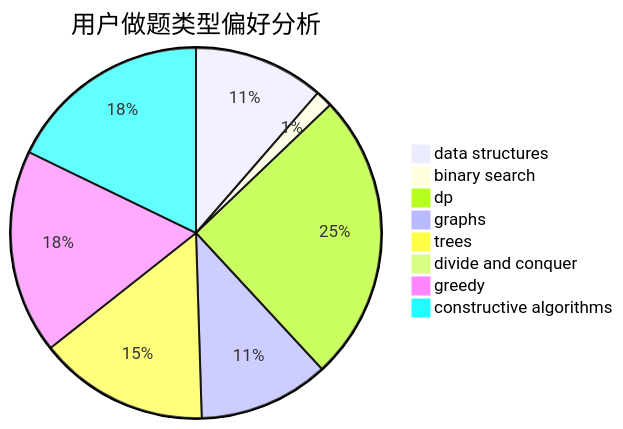
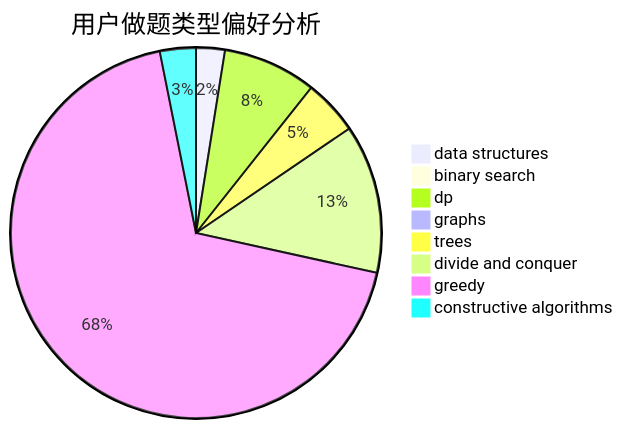
One commit to sherpahu/cfrs.github.io changed the second of 3 diagrams in docs/user/u1043.md. Above: the diagram before and after it, drawn with Mermaid. The commit also changed other lines of this file and 2770 other files, not shown here.

````diff
--- a/docs/user/u1043.md
+++ b/docs/user/u1043.md
@@ -23,11 +23,11 @@
 ```mermaid
 pie title 用户做题类型偏好分析
-    "data structures" :  23
+    "data structures" :  12
     "binary search" :  3
-    "dp" :  51
-    "graphs" :  23
-    "trees" :  30
-    "divide and conquer" :  0
-    "greedy" :  36
-    "constructive algorithms" :  36
+    "dp" :  39
+    "graphs" :  0
+    "trees" :  23
+    "divide and conquer" :  62
+    "greedy" :  327
+    "constructive algorithms" :  15
 ```
````
